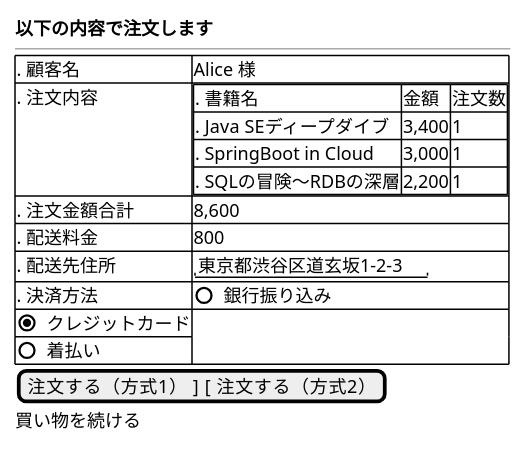
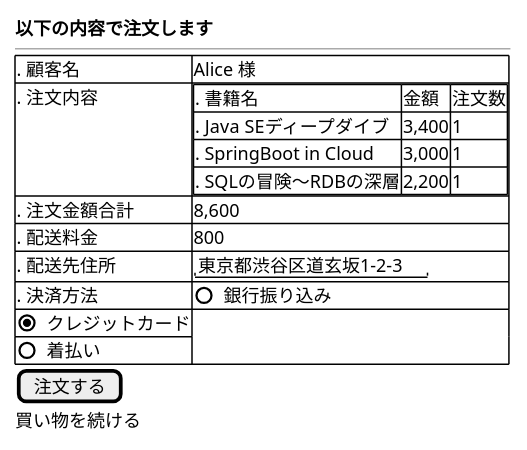
The first of 3 diagrams in projects/java/berry-books-mvc-sdd/specs/baseline/features/F_003_order_processing/screen_design.md (KenyaSaitoh/ai_dev_training_202512), drawn with PlantUML before and after one commit. The commit also changed other lines of this file and 5 other files, not shown here.

````diff
--- a/projects/java/berry-books-mvc-sdd/specs/baseline/features/F_003_order_processing/screen_design.md
+++ b/projects/java/berry-books-mvc-sdd/specs/baseline/features/F_003_order_processing/screen_design.md
@@ -26,25 +26,25 @@
 ```plantuml
 @startsalt
 {
   <b>以下の内容で注文します</b>
   --
   {#
     . 顧客名     | Alice 様
     . 注文内容   | {#
                    . 書籍名                  | 金額   | 注文数
                    . Java SEディープダイブ    | 3,400 | 1
                    . SpringBoot in Cloud    | 3,000 | 1
                    . SQLの冒険～RDBの深層     | 2,200 | 1
                  }
     . 注文金額合計 | 8,600
     . 配送料金   | 800
     . 配送先住所 | "東京都渋谷区道玄坂1-2-3     "
     . 決済方法   | ( ) 銀行振り込み
                  | (X) クレジットカード
                  | ( ) 着払い
   }
-  [  注文する（方式1）  ]  [  注文する（方式2）  ]
+  [  注文する  ]
   買い物を続ける
 }
 @endsalt
 ```
````
